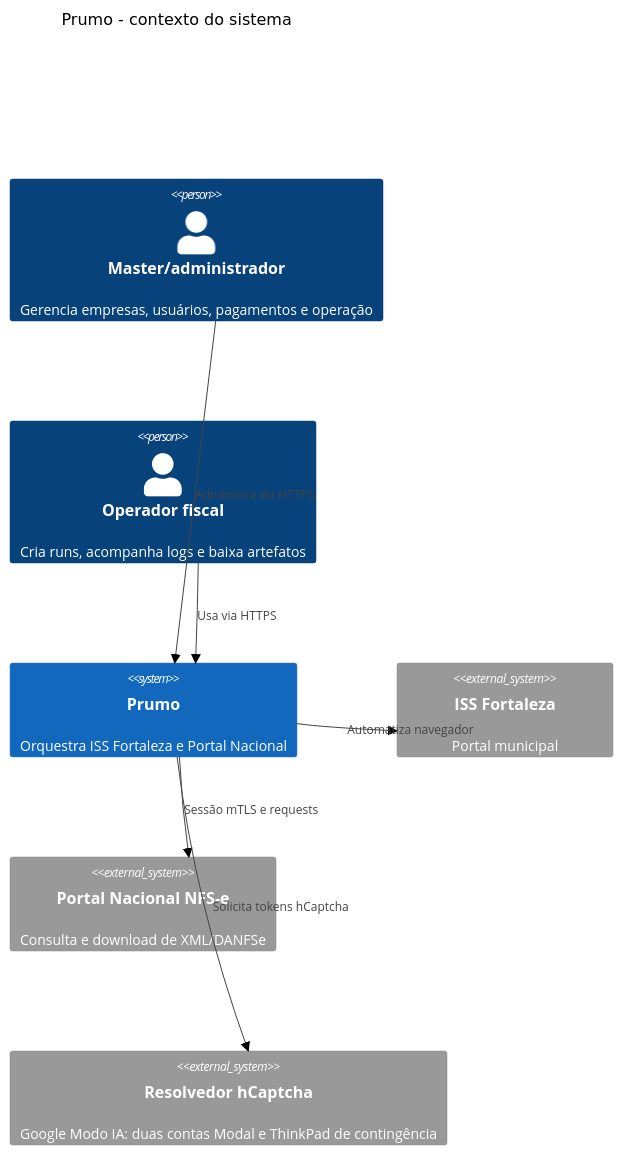
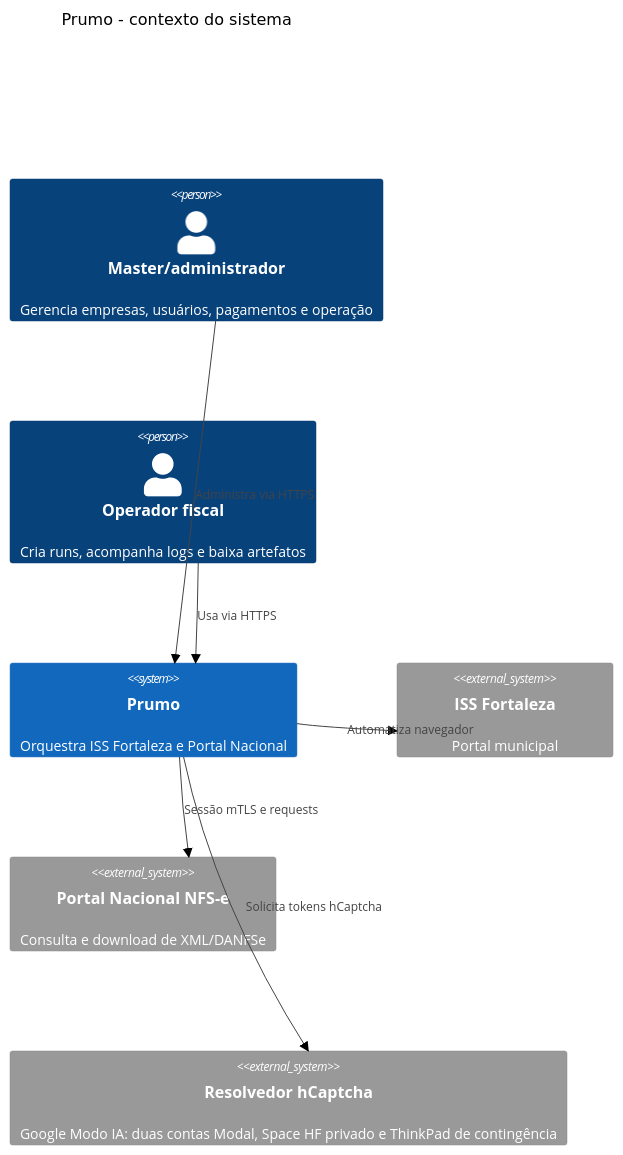
The first of 4 diagrams in docs/C4.md (prumosistemas/app), drawn with Mermaid (neutral theme) before and after one commit. The commit also changed other lines of this file and 8 other files, not shown here.

````diff
--- a/docs/C4.md
+++ b/docs/C4.md
@@ -5,15 +5,15 @@
 ```mermaid
 C4Context
   title Prumo - contexto do sistema
   Person(master, "Master/administrador", "Gerencia empresas, usuários, pagamentos e operação")
   Person(operador, "Operador fiscal", "Cria runs, acompanha logs e baixa artefatos")
   System(prumo, "Prumo", "Orquestra ISS Fortaleza e Portal Nacional")
   System_Ext(iss, "ISS Fortaleza", "Portal municipal")
   System_Ext(nfse, "Portal Nacional NFS-e", "Consulta e download de XML/DANFSe")
-  System_Ext(ai, "Resolvedor hCaptcha", "Google Modo IA: duas contas Modal e ThinkPad de contingência")
+  System_Ext(ai, "Resolvedor hCaptcha", "Google Modo IA: duas contas Modal, Space HF privado e ThinkPad de contingência")
   Rel(master, prumo, "Administra via HTTPS")
   Rel(operador, prumo, "Usa via HTTPS")
   Rel(prumo, iss, "Automatiza navegador")
   Rel(prumo, nfse, "Sessão mTLS e requests")
   Rel(prumo, ai, "Solicita tokens hCaptcha")
 ```
````
